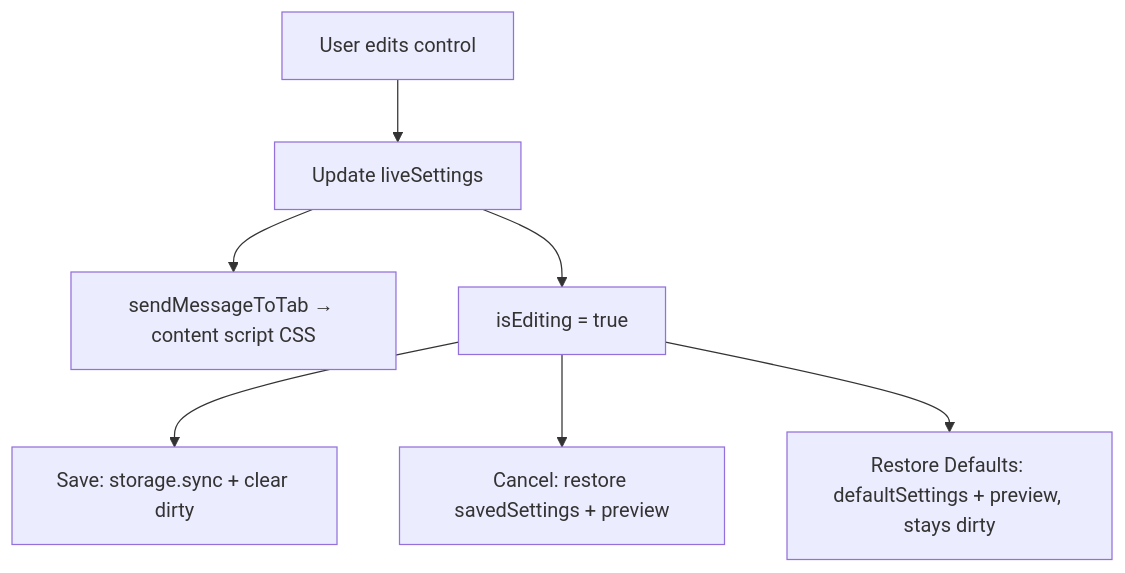
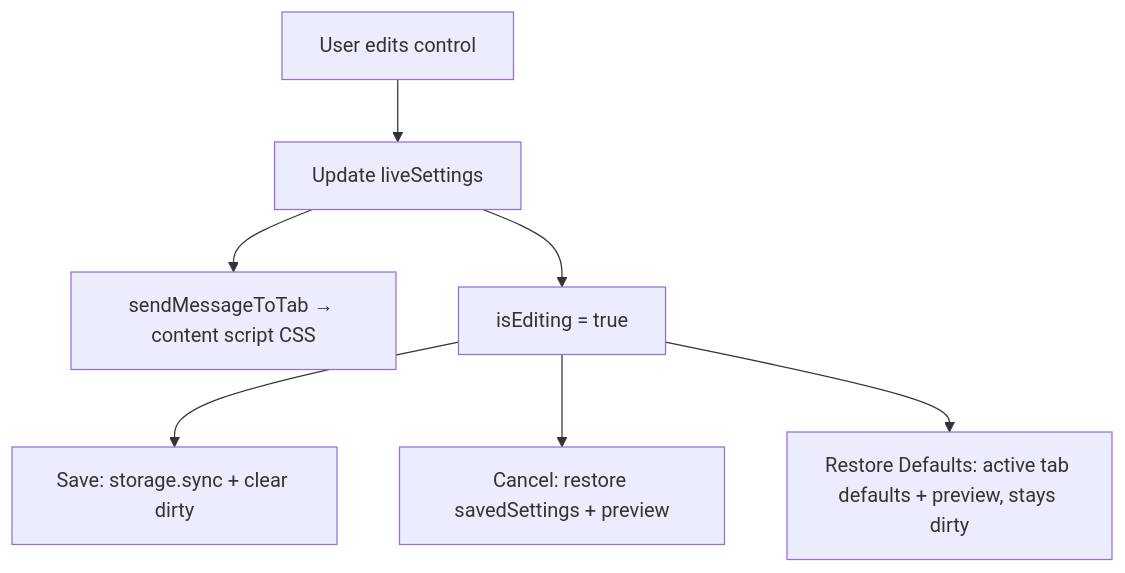
One commit to joseph-w-valdez/chatGPTStyler changed the diagram in docs/features-and-settings.md. Above: the diagram before and after it, drawn with Mermaid. The commit also changed other lines of this file and 47 other files, not shown here.

````diff
--- a/docs/features-and-settings.md
+++ b/docs/features-and-settings.md
@@ -55,9 +80,9 @@
 ```mermaid
 flowchart TD
   Edit[User edits control] --> Live[Update liveSettings]
   Live --> Preview[sendMessageToTab → content script CSS]
   Live --> Dirty[isEditing = true]
   Dirty --> Save[Save: storage.sync + clear dirty]
   Dirty --> Cancel[Cancel: restore savedSettings + preview]
-  Dirty --> Defaults[Restore Defaults: defaultSettings + preview, stays dirty]
+  Dirty --> Defaults[Restore Defaults: active tab defaults + preview, stays dirty]
 ```
````
